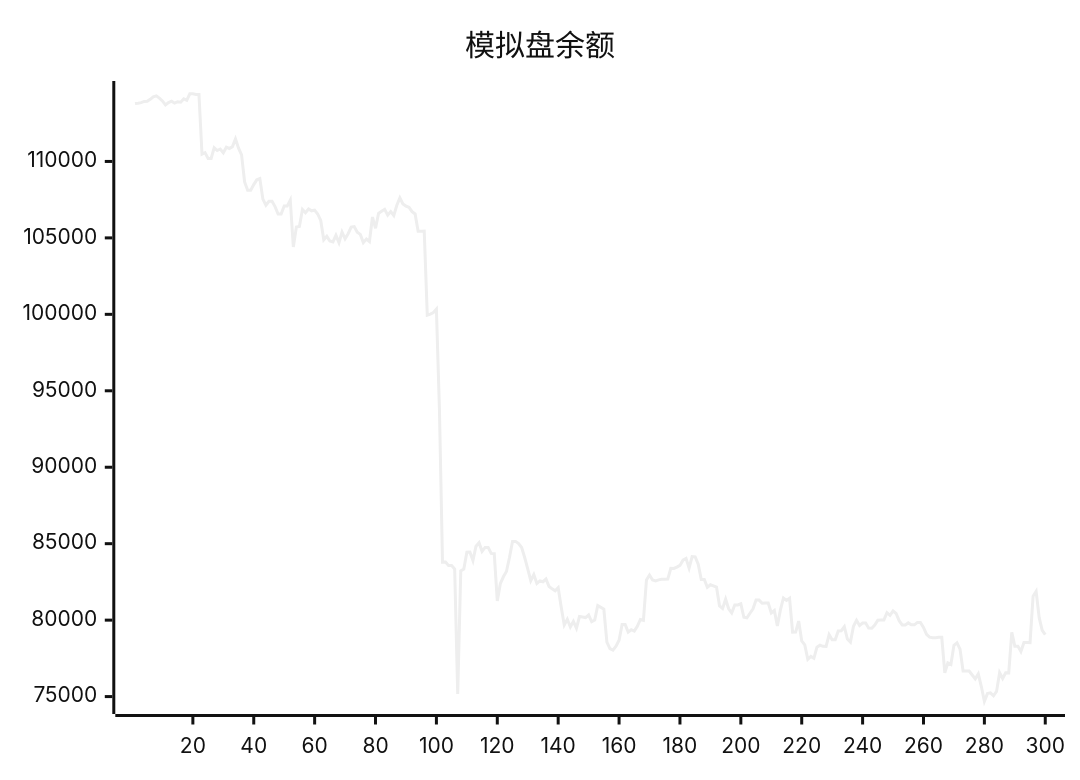
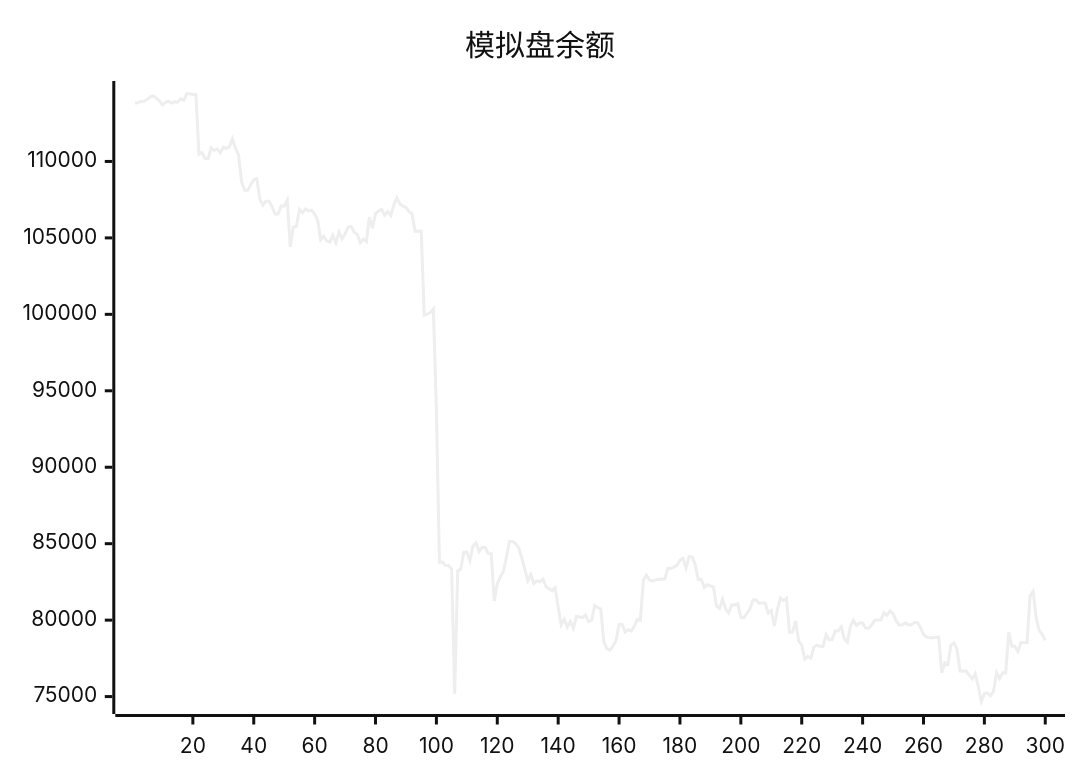
One commit to aahl/ai-trading changed the diagram in README.md. Above: the diagram before and after it, drawn with Mermaid (neutral theme). The commit also changed other lines of this file and 1 other file, not shown here.

````diff
--- a/README.md
+++ b/README.md
@@ -5,5 +5,5 @@
 ```mermaid
 xychart
     title "模拟盘余额"
-    line [113784,113810,113848,113927,113929,114064,114232,114293,114144,113960,113698,113853,113942,113812,113908,113877,114091,113998,114427,114422,114384,114384,110477,110576,110198,110198,110890,110712,110812,110569,110929,110847,110968,111478,110870,110433,108661,108116,108115,108485,108797,108877,107536,107134,107393,107393,107046,106565,106565,107081,107081,107478,104404,105715,105749,106866,106651,106889,106771,106816,106565,106141,104876,105103,104796,104734,105169,104690,105380,104941,105272,105709,105739,105374,105227,104691,104924,104762,106364,105628,106608,106748,106872,106485,106721,106468,107132,107620,107224,107080,107001,106717,106567,105431,105431,105440,99950,100017,100113,100337,93749,83795,83807,83567,83567,83342,75168,83222,83336,84448,84449,83896,84839,85065,84499,84757,84757,84364,84347,81254,82385,82835,83184,84099,85150,85150,85002,84751,84096,83356,82582,82983,82404,82572,82512,82688,82200,82047,81920,82125,80840,79688,80060,79552,79920,79470,80236,80208,80170,80336,79894,80006,80954,80837,80712,78561,78139,78037,78293,78682,79720,79720,79214,79372,79279,79591,80046,79993,82625,82950,82626,82571,82633,82670,82670,82681,83386,83378,83464,83579,83920,84037,83402,84160,84142,83652,82655,82655,82145,82315,82243,82163,80934,80770,81371,80742,80468,80989,80989,81067,80191,80155,80450,80737,81309,81309,81106,81119,81119,80471,80631,79624,80670,81448,81290,81429,79212,79222,79940,78643,78380,77432,77623,77504,78235,78358,78284,78277,79048,78714,78714,79290,79308,79567,78763,78563,79603,79988,79652,79813,79813,79476,79469,79673,79995,80015,80015,80486,80314,80600,80436,79966,79689,79689,79819,79692,79692,79850,79850,79518,79071,78889,78850,78850,78878,78878,76554,77202,77103,78357,78510,78106,76678,76677,76672,76411,76159,76485,75656,74695,75197,75246,75052,75334,76564,76179,76553,76551,79196,78300,78300,77944,78531,78531,78521,81564,81884,80160,79335,79055]
+    line [113810,113848,113927,113929,114064,114232,114293,114144,113960,113698,113853,113942,113812,113908,113877,114091,113998,114427,114422,114384,114384,110477,110576,110198,110198,110890,110712,110812,110569,110929,110847,110968,111478,110870,110433,108661,108116,108115,108485,108797,108877,107536,107134,107393,107393,107046,106565,106565,107081,107081,107478,104404,105715,105749,106866,106651,106889,106771,106816,106565,106141,104876,105103,104796,104734,105169,104690,105380,104941,105272,105709,105739,105374,105227,104691,104924,104762,106364,105628,106608,106748,106872,106485,106721,106468,107132,107620,107224,107080,107001,106717,106567,105431,105431,105440,99950,100017,100113,100337,93749,83795,83807,83567,83567,83342,75168,83222,83336,84448,84449,83896,84839,85065,84499,84757,84757,84364,84347,81254,82385,82835,83184,84099,85150,85150,85002,84751,84096,83356,82582,82983,82404,82572,82512,82688,82200,82047,81920,82125,80840,79688,80060,79552,79920,79470,80236,80208,80170,80336,79894,80006,80954,80837,80712,78561,78139,78037,78293,78682,79720,79720,79214,79372,79279,79591,80046,79993,82625,82950,82626,82571,82633,82670,82670,82681,83386,83378,83464,83579,83920,84037,83402,84160,84142,83652,82655,82655,82145,82315,82243,82163,80934,80770,81371,80742,80468,80989,80989,81067,80191,80155,80450,80737,81309,81309,81106,81119,81119,80471,80631,79624,80670,81448,81290,81429,79212,79222,79940,78643,78380,77432,77623,77504,78235,78358,78284,78277,79048,78714,78714,79290,79308,79567,78763,78563,79603,79988,79652,79813,79813,79476,79469,79673,79995,80015,80015,80486,80314,80600,80436,79966,79689,79689,79819,79692,79692,79850,79850,79518,79071,78889,78850,78850,78878,78878,76554,77202,77103,78357,78510,78106,76678,76677,76672,76411,76159,76485,75656,74695,75197,75246,75052,75334,76564,76179,76553,76551,79196,78300,78300,77944,78531,78531,78521,81564,81884,80160,79335,79055,78675]
 ```
````
